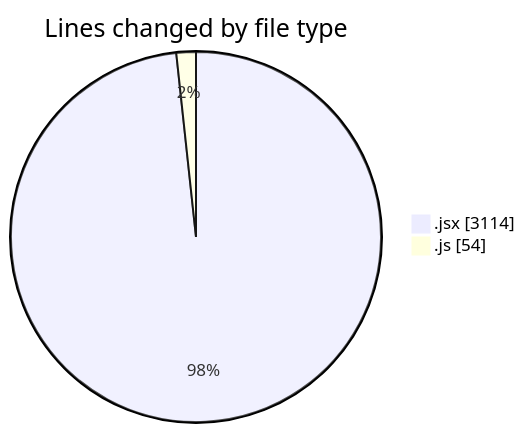
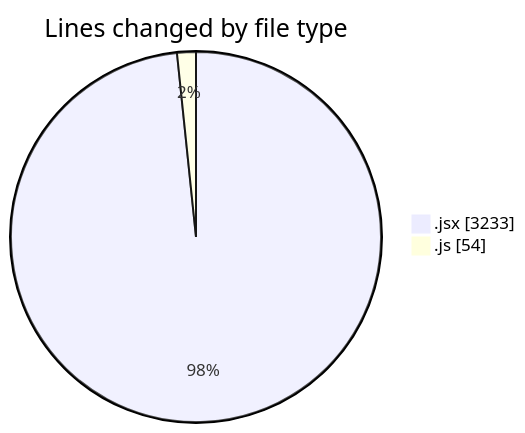
Before and after one commit to nxtqubesakshisongat/code-tracking: the first of 2 diagrams in 2025-06-25/nxtqube_webapp/README.md, drawn with Mermaid. The commit also changed other lines of this file and 1 other file, not shown here.

````diff
--- a/2025-06-25/nxtqube_webapp/README.md
+++ b/2025-06-25/nxtqube_webapp/README.md
@@ -24,6 +24,6 @@
 ```mermaid
 pie showData
 title Lines changed by file type
-".jsx" : 3114
+".jsx" : 3233
 ".js" : 54
 ```
````
